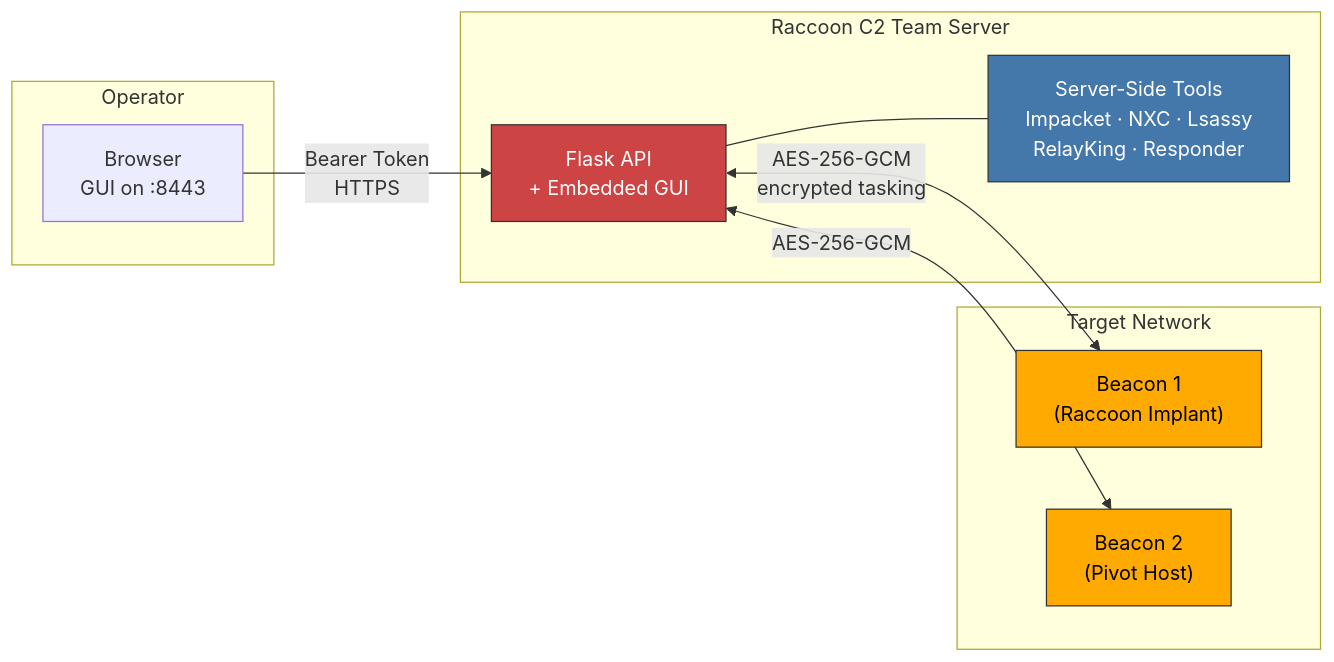
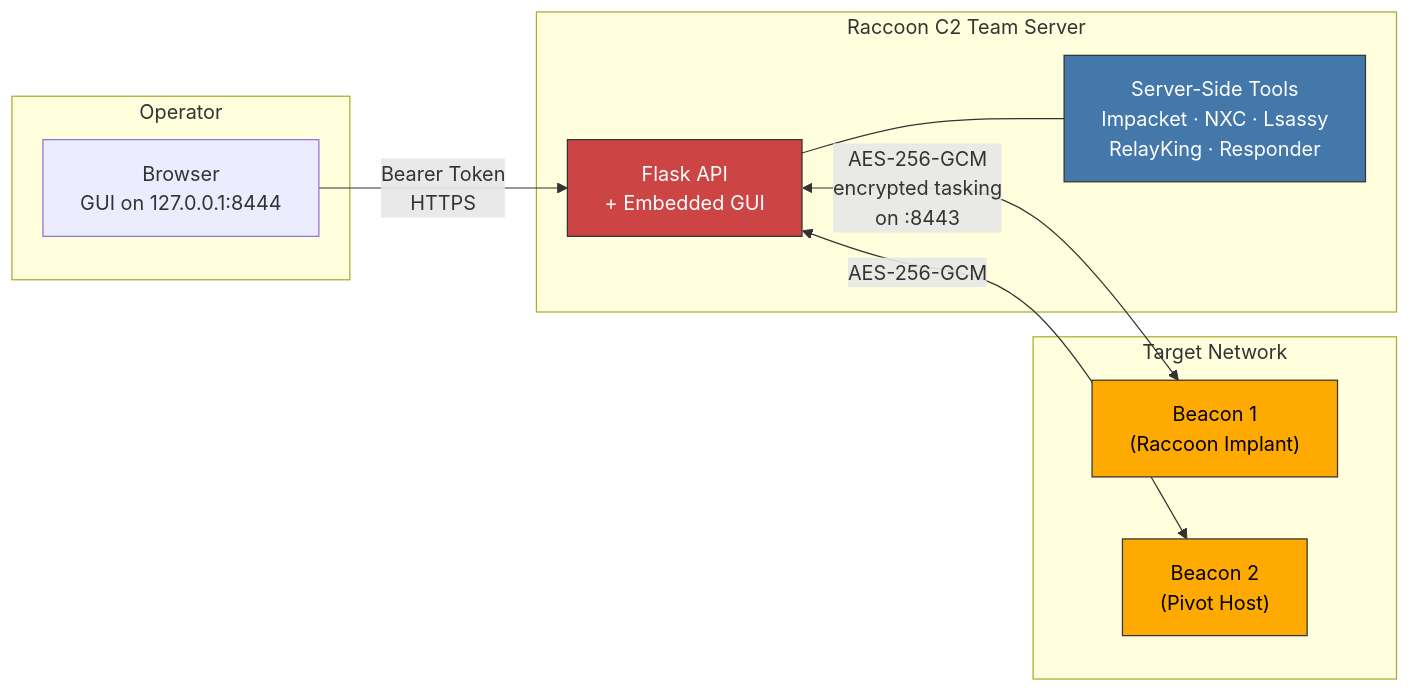
One commit to BenjiTrapp/TrashPandaPaws changed the seventh of 12 diagrams in README.md. Above: the diagram before and after it, drawn with Mermaid. The commit also changed other lines of this file and 13 other files, not shown here.

````diff
--- a/README.md
+++ b/README.md
@@ -544,26 +544,26 @@
 ```mermaid
 graph LR
     subgraph "Operator"
-        BROWSER["Browser<br/>GUI on :8443"]
+        BROWSER["Browser<br/>GUI on 127.0.0.1:8444"]
     end
 
     subgraph "Raccoon C2 Team Server"
         FLASK["Flask API<br/>+ Embedded GUI"]
         TOOLS["Server-Side Tools<br/>Impacket · NXC · Lsassy<br/>RelayKing · Responder"]
     end
 
     subgraph "Target Network"
         B1["Beacon 1<br/>(Raccoon Implant)"]
         B2["Beacon 2<br/>(Pivot Host)"]
     end
 
     BROWSER -->|"Bearer Token<br/>HTTPS"| FLASK
-    FLASK <-->|"AES-256-GCM<br/>encrypted tasking"| B1
+    FLASK <-->|"AES-256-GCM<br/>encrypted tasking<br/>on :8443"| B1
     FLASK <-->|"AES-256-GCM"| B2
     FLASK --- TOOLS
 
     style FLASK fill:#c44,stroke:#333,color:#fff
     style TOOLS fill:#47a,stroke:#333,color:#fff
     style B1 fill:#fa0,stroke:#333,color:#000
     style B2 fill:#fa0,stroke:#333,color:#000
 ```
````
